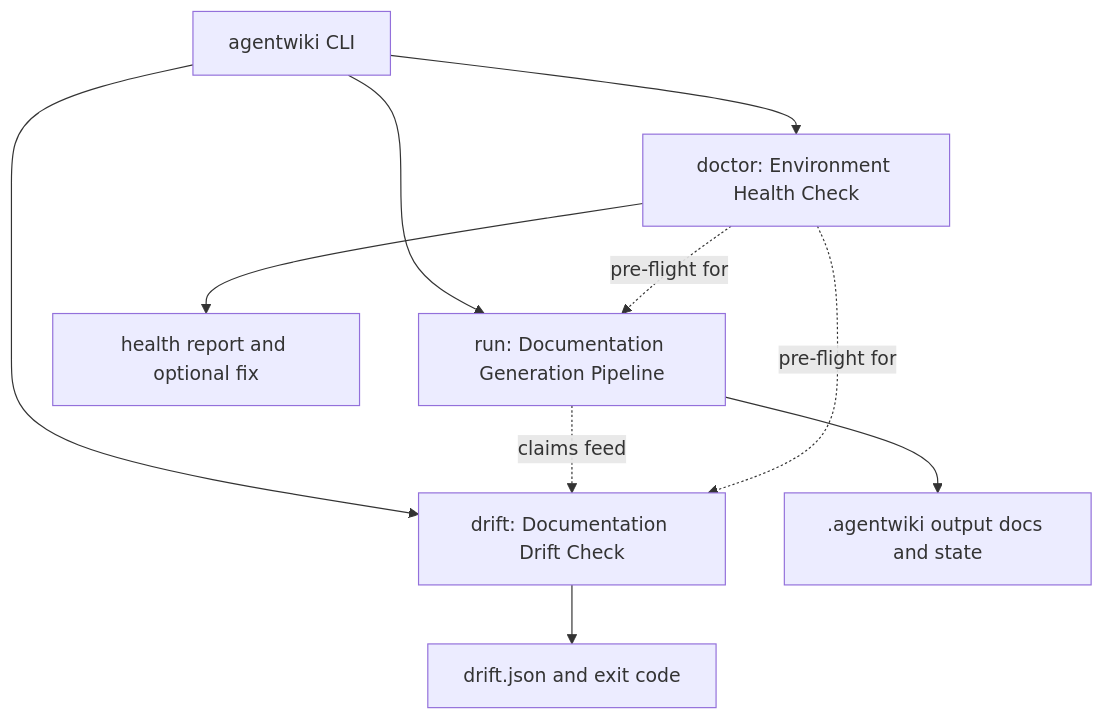
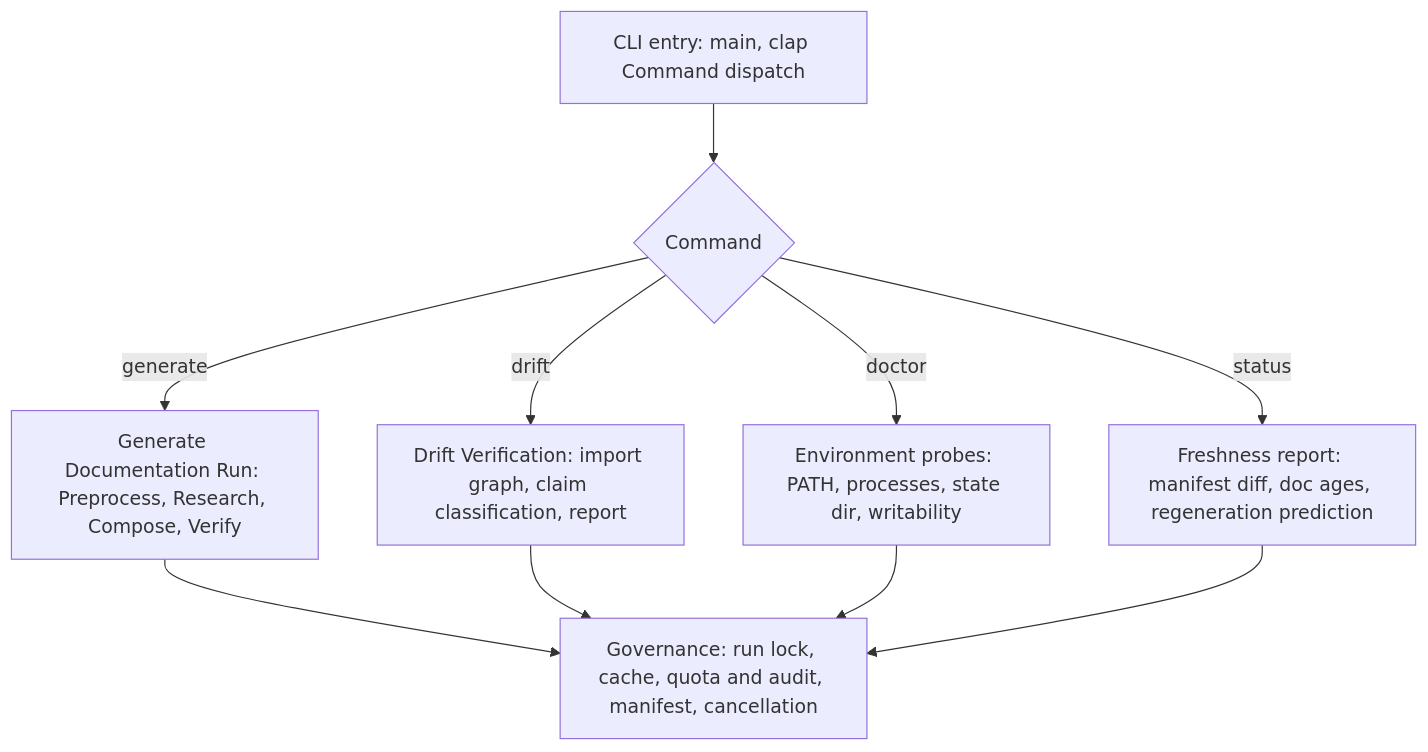
One commit to tidusvn05/agentwiki changed the first of 5 diagrams in docs/en/3.Workflow.md. Above: the diagram before and after it, drawn with Mermaid. The commit also changed other lines of this file and 41 other files, not shown here.

````diff
--- a/docs/en/3.Workflow.md
+++ b/docs/en/3.Workflow.md
@@ -17,12 +9,12 @@
 ```mermaid
 flowchart TD
-    A[agentwiki CLI] --> B[run: Documentation Generation Pipeline]
-    A --> C[drift: Documentation Drift Check]
-    A --> D[doctor: Environment Health Check]
-    B --> E[.agentwiki output docs and state]
-    C --> F[drift.json and exit code]
-    D --> G[health report and optional fix]
-    B -. claims feed .-> C
-    D -. pre-flight for .-> B
-    D -. pre-flight for .-> C
+    A[CLI entry: main, clap Command dispatch] --> B{Command}
+    B -- generate --> C[Generate Documentation Run: Preprocess, Research, Compose, Verify]
+    B -- drift --> D[Drift Verification: import graph, claim classification, report]
+    B -- doctor --> E[Environment probes: PATH, processes, state dir, writability]
+    B -- status --> F[Freshness report: manifest diff, doc ages, regeneration prediction]
+    C --> G[Governance: run lock, cache, quota and audit, manifest, cancellation]
+    D --> G
+    E --> G
+    F --> G
 ```
````
